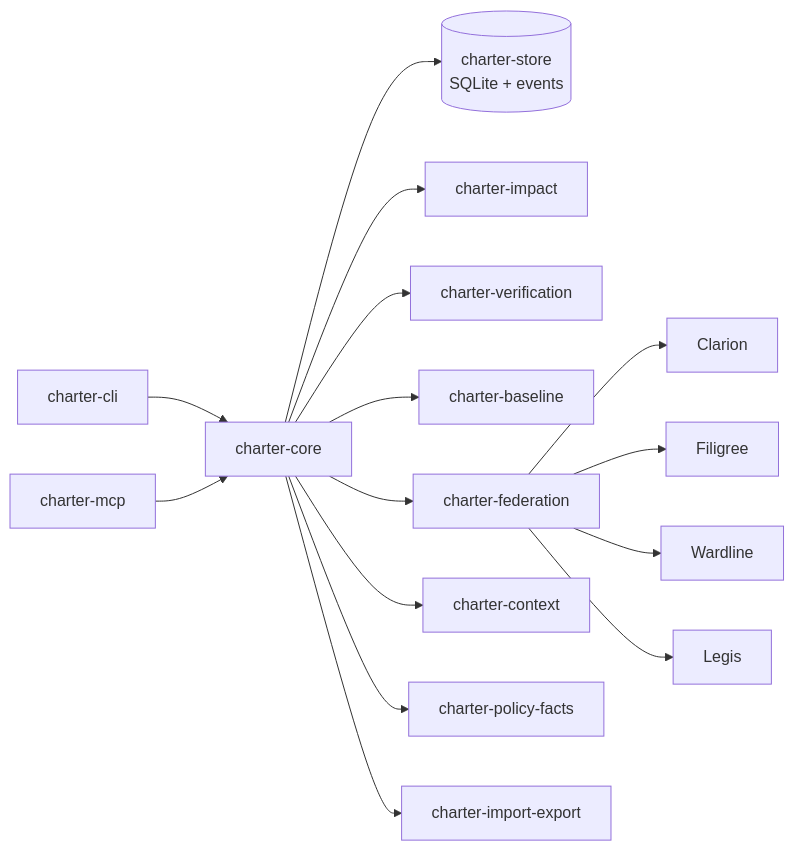
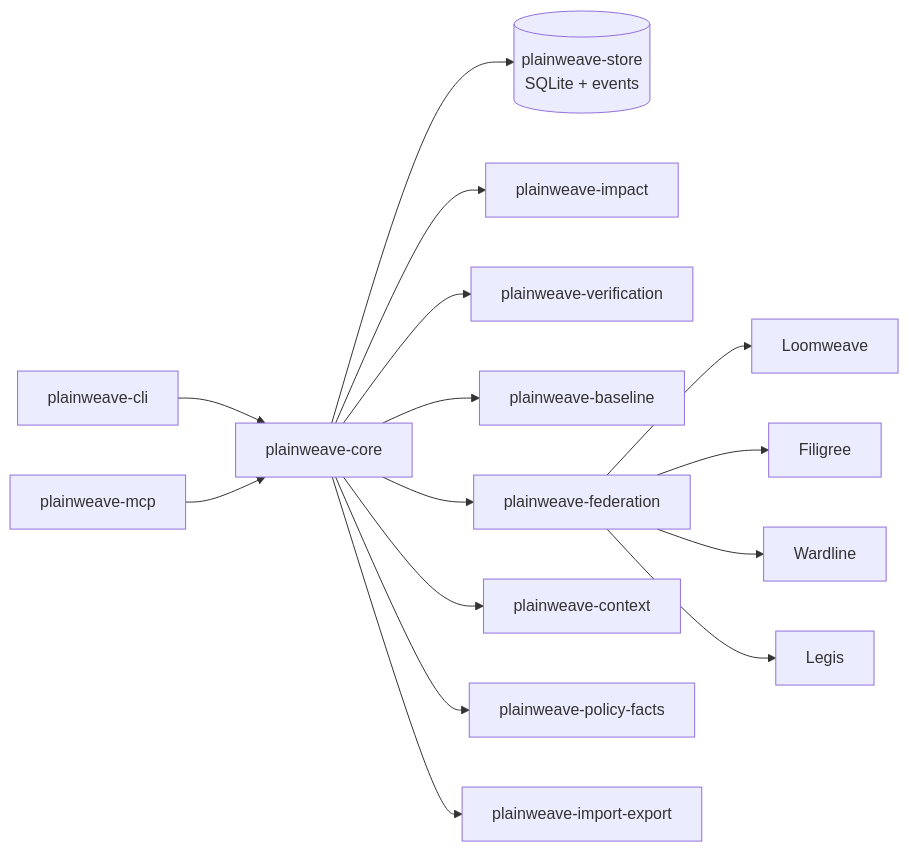
Before and after one commit to foundryside-dev/plainweave: the diagram in docs/superpowers/specs/2026-06-04-charter-v0.1-product-design.md, drawn with Mermaid. The commit also changed other lines of this file and 129 other files, not shown here.

````diff
--- a/docs/superpowers/specs/2026-06-04-charter-v0.1-product-design.md
+++ b/docs/superpowers/specs/2026-06-04-charter-v0.1-product-design.md
@@ -181,29 +187,29 @@
 ```mermaid
 flowchart LR
-    CLI["charter-cli"]
-    MCP["charter-mcp"]
-    Core["charter-core"]
-    Store[("charter-store\nSQLite + events")]
-    Impact["charter-impact"]
-    Verify["charter-verification"]
-    Baseline["charter-baseline"]
-    Fed["charter-federation"]
-    Context["charter-context"]
-    PolicyFacts["charter-policy-facts"]
-    ImportExport["charter-import-export"]
+    CLI["plainweave-cli"]
+    MCP["plainweave-mcp"]
+    Core["plainweave-core"]
+    Store[("plainweave-store\nSQLite + events")]
+    Impact["plainweave-impact"]
+    Verify["plainweave-verification"]
+    Baseline["plainweave-baseline"]
+    Fed["plainweave-federation"]
+    Context["plainweave-context"]
+    PolicyFacts["plainweave-policy-facts"]
+    ImportExport["plainweave-import-export"]
 
     CLI --> Core
     MCP --> Core
     Core --> Store
     Core --> Impact
     Core --> Verify
     Core --> Baseline
     Core --> Fed
     Core --> Context
     Core --> PolicyFacts
     Core --> ImportExport
-    Fed --> Clarion["Clarion"]
+    Fed --> Loomweave["Loomweave"]
     Fed --> Filigree["Filigree"]
     Fed --> Wardline["Wardline"]
     Fed --> Legis["Legis"]
 ```
````
